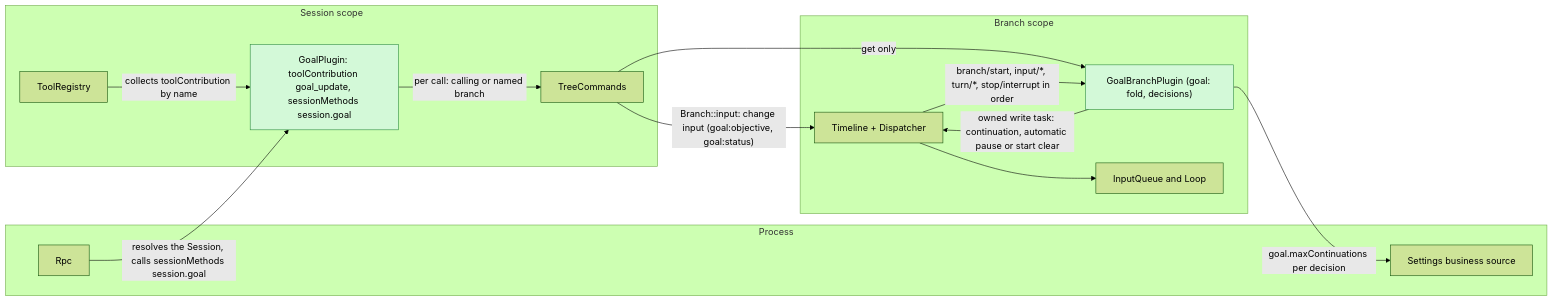
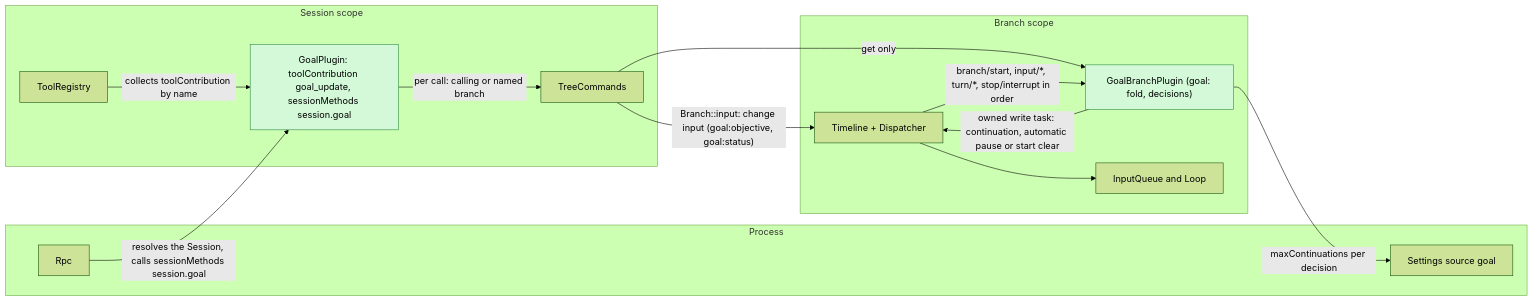
One commit to CoutinhoTTS/dim-agent changed the first of 7 diagrams in docs/design/plugins/Goal.md. Above: the diagram before and after it, drawn with Mermaid (forest theme). The commit also changed other lines of this file and 27 other files, not shown here.

````diff
--- a/docs/design/plugins/Goal.md
+++ b/docs/design/plugins/Goal.md
@@ -11,27 +11,27 @@
 ```mermaid
 flowchart LR
   subgraph PROC["Process"]
     Rpc["Rpc"]
-    Settings["Settings business source"]
+    Settings["Settings source goal"]
   end
   subgraph SESS["Session scope"]
     GS["GoalPlugin: toolContribution goal_update, sessionMethods session.goal"]:::new
     TR["ToolRegistry"]
     TC["TreeCommands"]
   end
   subgraph BR["Branch scope"]
     GB["GoalBranchPlugin (goal: fold, decisions)"]:::new
     TL["Timeline + Dispatcher"]
     IQ["InputQueue and Loop"]
   end
   TR -- "collects toolContribution by name" --> GS
   Rpc -- "resolves the Session, calls sessionMethods session.goal" --> GS
   GS -- "per call: calling or named branch" --> TC
   TC -- "Branch::input: change input (goal:objective, goal:status)" --> TL
   TC -- "get only" --> GB
   TL -- "branch/start, input/*, turn/*, stop/interrupt in order" --> GB
   GB -- "owned write task: continuation, automatic pause or start clear" --> TL
-  GB -- "goal.maxContinuations per decision" --> Settings
+  GB -- "maxContinuations per decision" --> Settings
   TL --> IQ
   classDef new fill:#d3f9d8,stroke:#2b8a3e,color:#000
 ```
````
